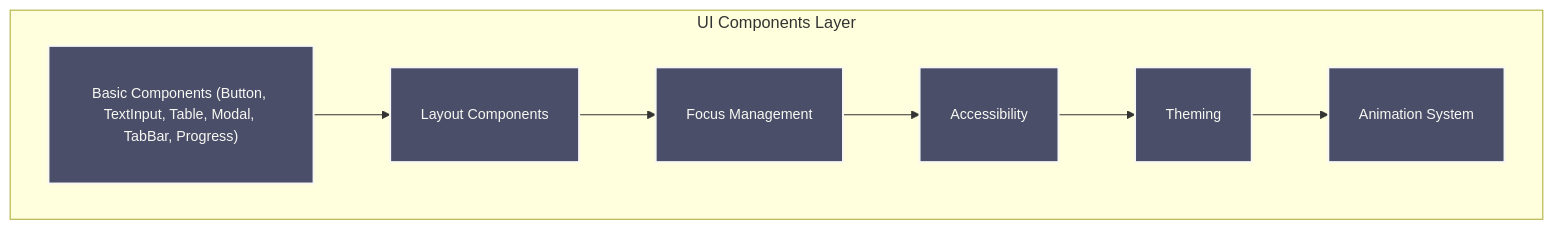
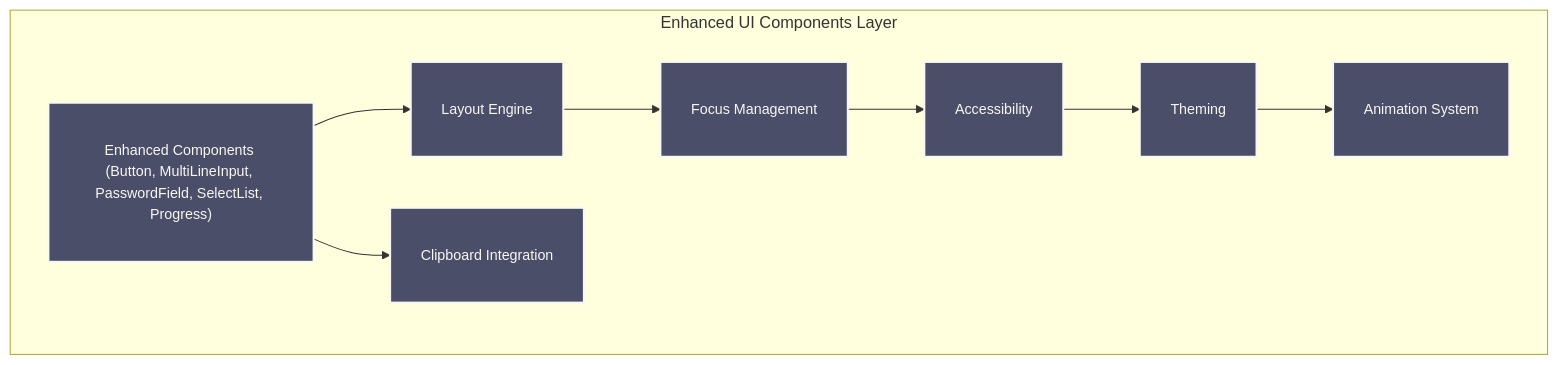
Before and after one commit to Hydepwns/raxol: the fifth of 9 diagrams in docs/ARCHITECTURE.md, drawn with Mermaid. The commit also changed other lines of this file and 2 other files, not shown here.

````diff
--- a/docs/ARCHITECTURE.md
+++ b/docs/ARCHITECTURE.md
@@ -145,20 +169,22 @@
 ```mermaid
 graph TB
-    subgraph UI["UI Components Layer"]
-        Basic["Basic Components (Button, TextInput, Table, Modal, TabBar, Progress)"]
-        Layout[Layout Components]
+    subgraph UI["Enhanced UI Components Layer"]
+        Basic["Enhanced Components (Button, MultiLineInput, PasswordField, SelectList, Progress)"]
+        Layout[Layout Engine]
         Focus[Focus Management]
         Accessibility[Accessibility]
         Theming[Theming]
         Animation[Animation System]
+        Clipboard[Clipboard Integration]
     end
 
     Basic --> Layout
     Layout --> Focus
     Focus --> Accessibility
     Accessibility --> Theming
     Theming --> Animation
+    Basic --> Clipboard
 
     classDef component fill:#4a4e69,stroke:#f8f8f2,stroke-width:2px,color:#f8f8f2,font-size:14px,padding:6px;
-    class Basic,Layout,Focus,Accessibility,Theming,Animation component;
+    class Basic,Layout,Focus,Accessibility,Theming,Animation,Clipboard component;
 ```
````
